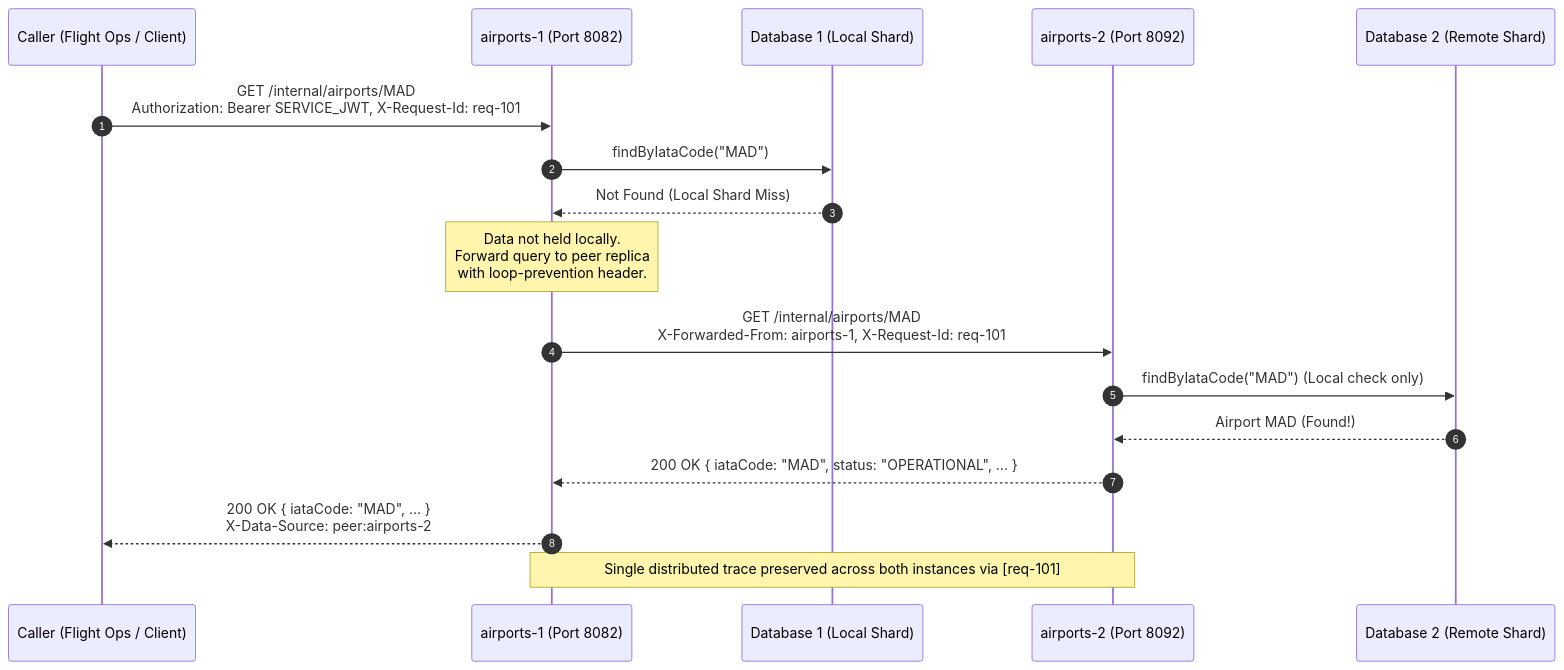
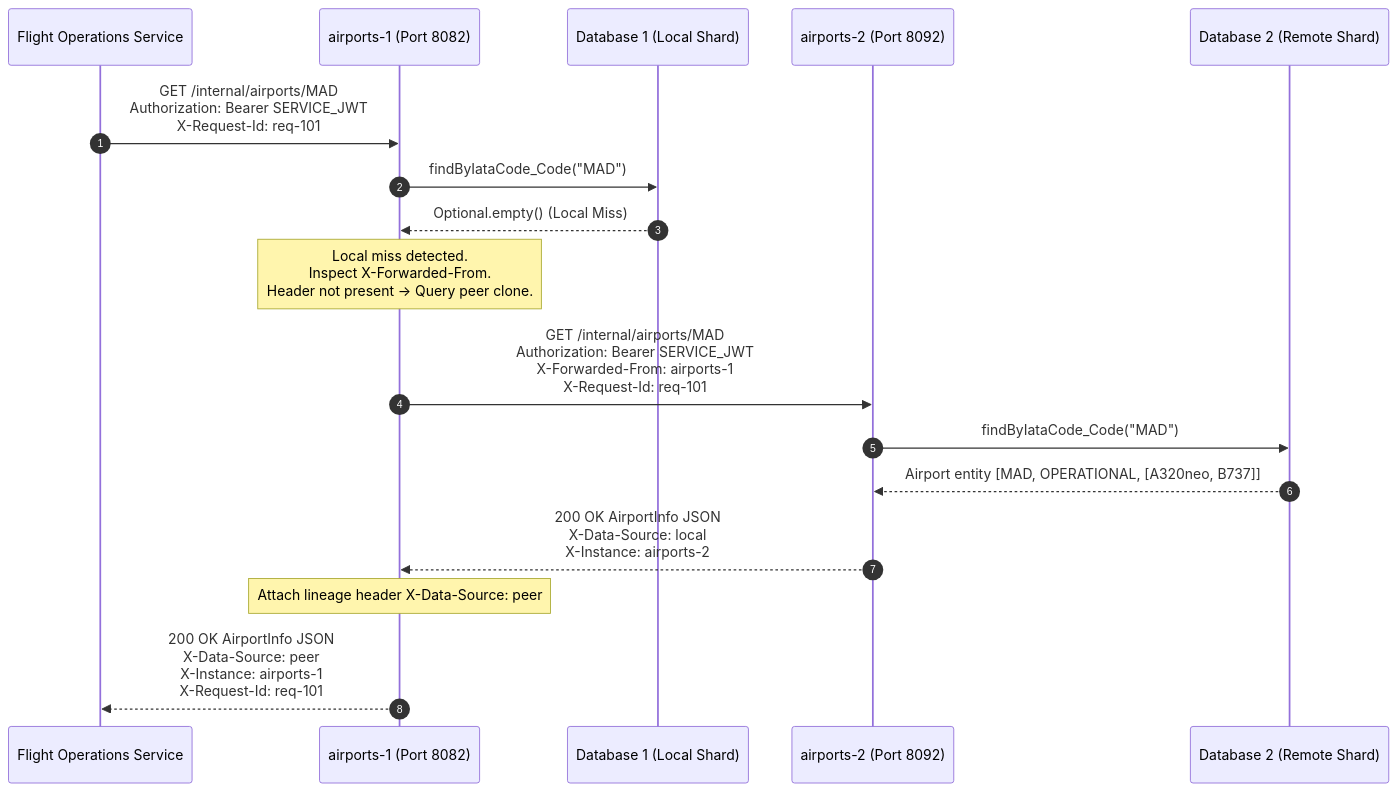
The third of 5 diagrams in docs/architecture.md (ImJay1527/airports-routes-service), drawn with Mermaid before and after one commit. The commit also changed other lines of this file and 7 other files, not shown here.

Commit message:
feat: implement unicast peer forwarding with loop prevention, tracing, and C4+1 architecture documentation

````diff
--- a/docs/architecture.md
+++ b/docs/architecture.md
@@ -126,25 +166,24 @@
 ```mermaid
 %% Sequence Diagram: P2P Forwarding
 sequenceDiagram
     autonumber
-    participant C as Caller (Flight Ops / Client)
+    participant FO as Flight Operations Service
     participant A1 as airports-1 (Port 8082)
     participant DB1 as Database 1 (Local Shard)
     participant A2 as airports-2 (Port 8092)
     participant DB2 as Database 2 (Remote Shard)
 
-    C->>A1: GET /internal/airports/MAD<br/>Authorization: Bearer SERVICE_JWT, X-Request-Id: req-101
-    A1->>DB1: findByIataCode("MAD")
-    DB1-->>A1: Not Found (Local Shard Miss)
+    FO->>A1: GET /internal/airports/MAD<br/>Authorization: Bearer SERVICE_JWT<br/>X-Request-Id: req-101
+    A1->>DB1: findByIataCode_Code("MAD")
+    DB1-->>A1: Optional.empty() (Local Miss)
 
-    Note over A1: Data not held locally.<br/>Forward query to peer replica<br/>with loop-prevention header.
+    Note over A1: Local miss detected.<br/>Inspect X-Forwarded-From.<br/>Header not present -> Query peer clone.
 
-    A1->>A2: GET /internal/airports/MAD<br/>X-Forwarded-From: airports-1, X-Request-Id: req-101
-    A2->>DB2: findByIataCode("MAD") (Local check only)
-    DB2-->>A2: Airport MAD (Found!)
-    A2-->>A1: 200 OK { iataCode: "MAD", status: "OPERATIONAL", ... }
+    A1->>A2: GET /internal/airports/MAD<br/>Authorization: Bearer SERVICE_JWT<br/>X-Forwarded-From: airports-1<br/>X-Request-Id: req-101
+    A2->>DB2: findByIataCode_Code("MAD")
+    DB2-->>A2: Airport entity [MAD, OPERATIONAL, [A320neo, B737]]
+    A2-->>A1: 200 OK AirportInfo JSON<br/>X-Data-Source: local<br/>X-Instance: airports-2
     
-    A1-->>C: 200 OK { iataCode: "MAD", ... }<br/>X-Data-Source: peer:airports-2
-
-    Note over A1,A2: Single distributed trace preserved across both instances via [req-101]
+    Note over A1: Attach lineage header X-Data-Source: peer
+    A1-->>FO: 200 OK AirportInfo JSON<br/>X-Data-Source: peer<br/>X-Instance: airports-1<br/>X-Request-Id: req-101
 ```
````
